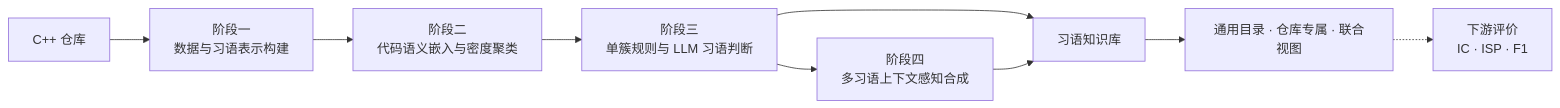
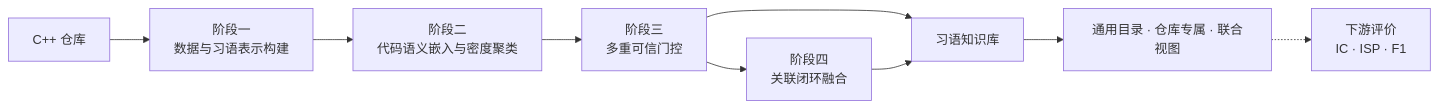
One commit to MengYan313/CodeIdiomMine changed the diagram in README.md. Above: the diagram before and after it, drawn with Mermaid. The commit also changed other lines of this file and 20 other files, not shown here.

````diff
--- a/README.md
+++ b/README.md
@@ -29,11 +29,11 @@
 ```mermaid
 flowchart LR
     A["C++ 仓库"] --> S1["阶段一<br/>数据与习语表示构建"]
     S1 --> S2["阶段二<br/>代码语义嵌入与密度聚类"]
-    S2 --> S3["阶段三<br/>单簇规则与 LLM 习语判断"]
-    S3 --> S4["阶段四<br/>多习语上下文感知合成"]
+    S2 --> S3["阶段三<br/>多重可信门控"]
+    S3 --> S4["阶段四<br/>关联闭环融合"]
     S3 --> K["习语知识库"]
     S4 --> K
     K --> V["通用目录 · 仓库专属 · 联合视图"]
     V -.-> E["下游评价<br/>IC · ISP · F1"]
 ```
````
